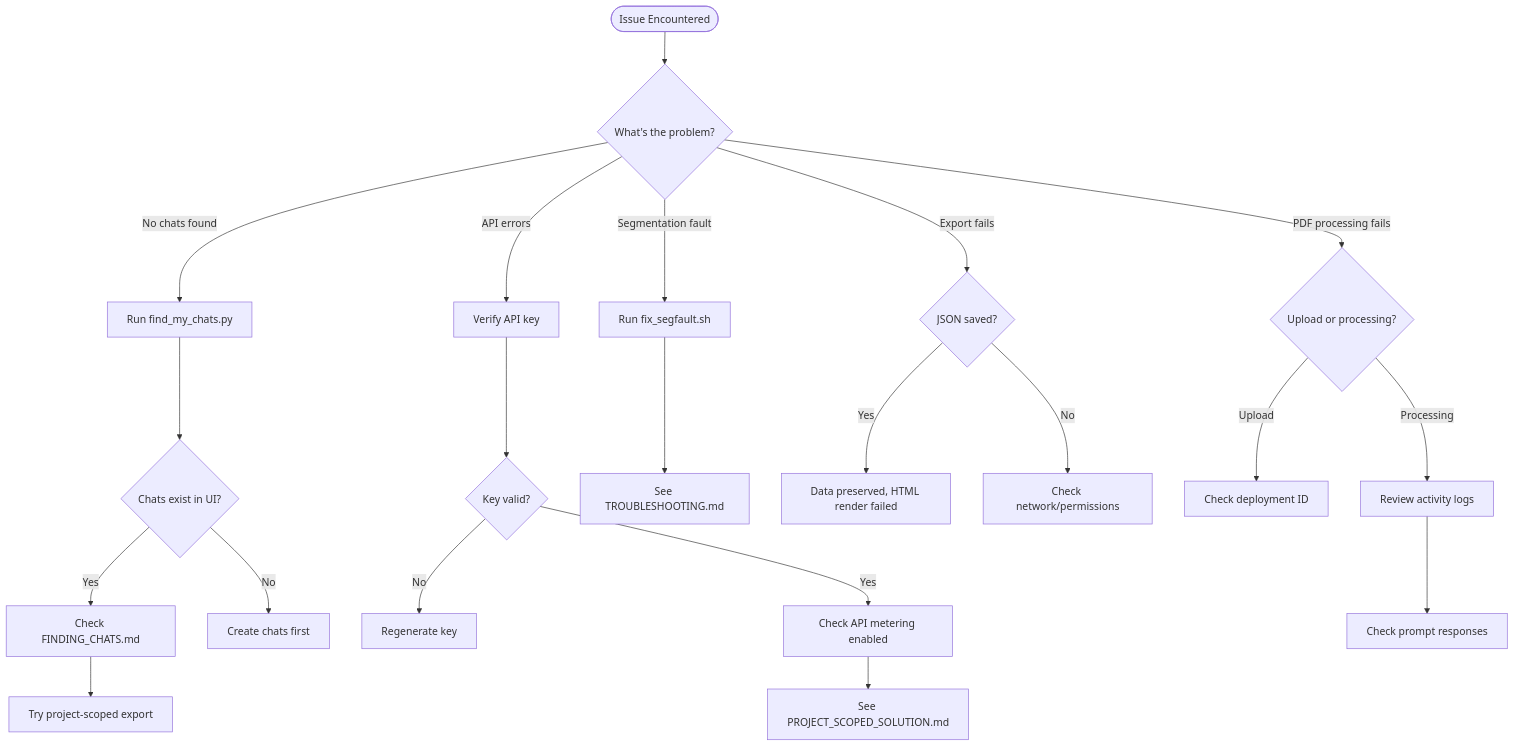
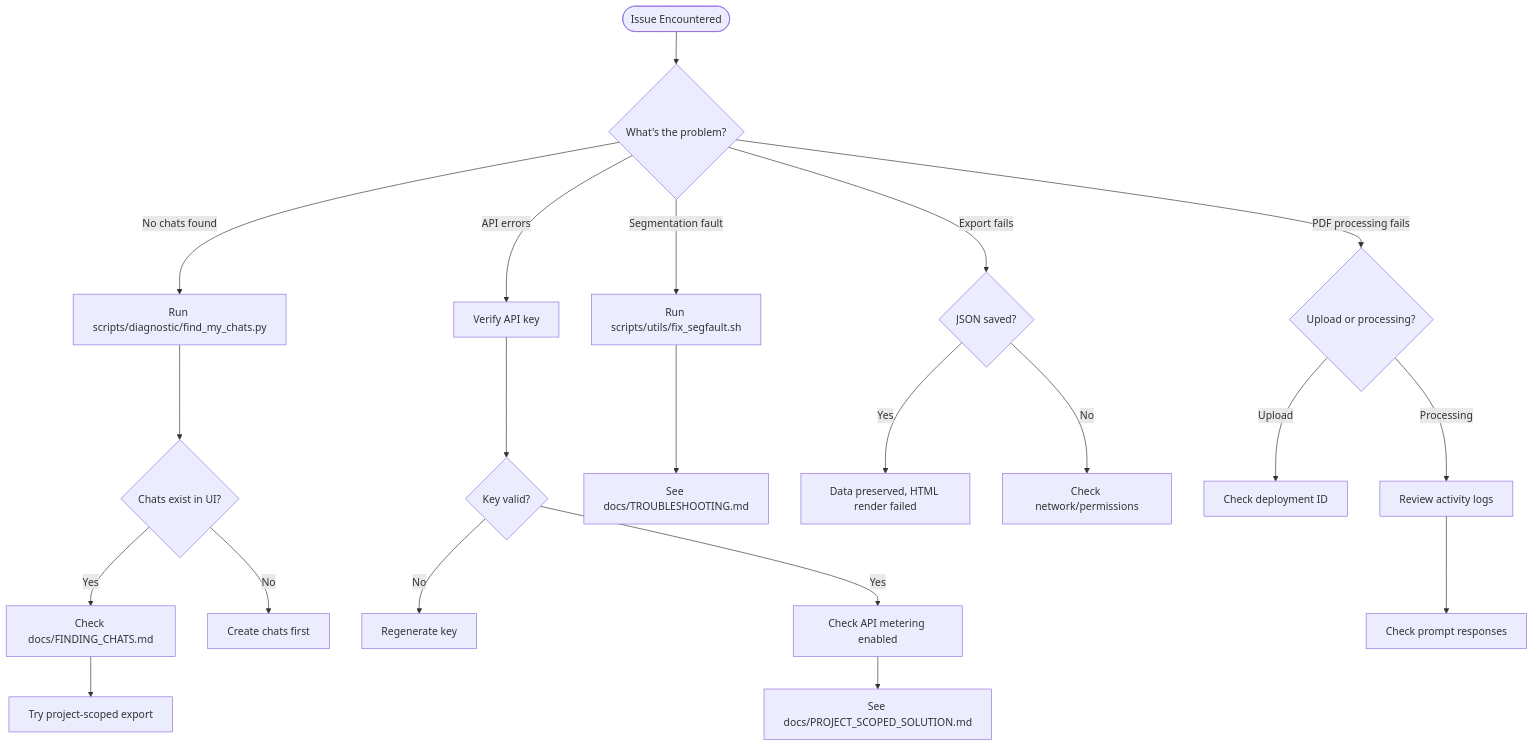
Before and after one commit to danindiana/abacus-chat-exporter: the fifth of 8 diagrams in README.md, drawn with Mermaid. The commit also changed other lines of this file and 32 other files, not shown here.

````diff
--- a/README.md
+++ b/README.md
@@ -154,28 +154,28 @@
 ```mermaid
 flowchart TD
     Start([Issue Encountered]) --> Type{What's the problem?}
 
-    Type -->|No chats found| NC1[Run find_my_chats.py]
+    Type -->|No chats found| NC1[Run scripts/diagnostic/find_my_chats.py]
     NC1 --> NC2{Chats exist in UI?}
-    NC2 -->|Yes| NC3[Check FINDING_CHATS.md]
+    NC2 -->|Yes| NC3[Check docs/FINDING_CHATS.md]
     NC2 -->|No| NC4[Create chats first]
     NC3 --> NC5[Try project-scoped export]
 
     Type -->|API errors| API1[Verify API key]
     API1 --> API2{Key valid?}
     API2 -->|No| API3[Regenerate key]
     API2 -->|Yes| API4[Check API metering enabled]
-    API4 --> API5[See PROJECT_SCOPED_SOLUTION.md]
+    API4 --> API5[See docs/PROJECT_SCOPED_SOLUTION.md]
 
-    Type -->|Segmentation fault| SEG1[Run fix_segfault.sh]
-    SEG1 --> SEG2[See TROUBLESHOOTING.md]
+    Type -->|Segmentation fault| SEG1[Run scripts/utils/fix_segfault.sh]
+    SEG1 --> SEG2[See docs/TROUBLESHOOTING.md]
 
     Type -->|Export fails| EXP1{JSON saved?}
     EXP1 -->|Yes| EXP2[Data preserved, HTML render failed]
     EXP1 -->|No| EXP3[Check network/permissions]
 
     Type -->|PDF processing fails| PDF1{Upload or processing?}
     PDF1 -->|Upload| PDF2[Check deployment ID]
     PDF1 -->|Processing| PDF3[Review activity logs]
     PDF3 --> PDF4[Check prompt responses]
 ```
````
